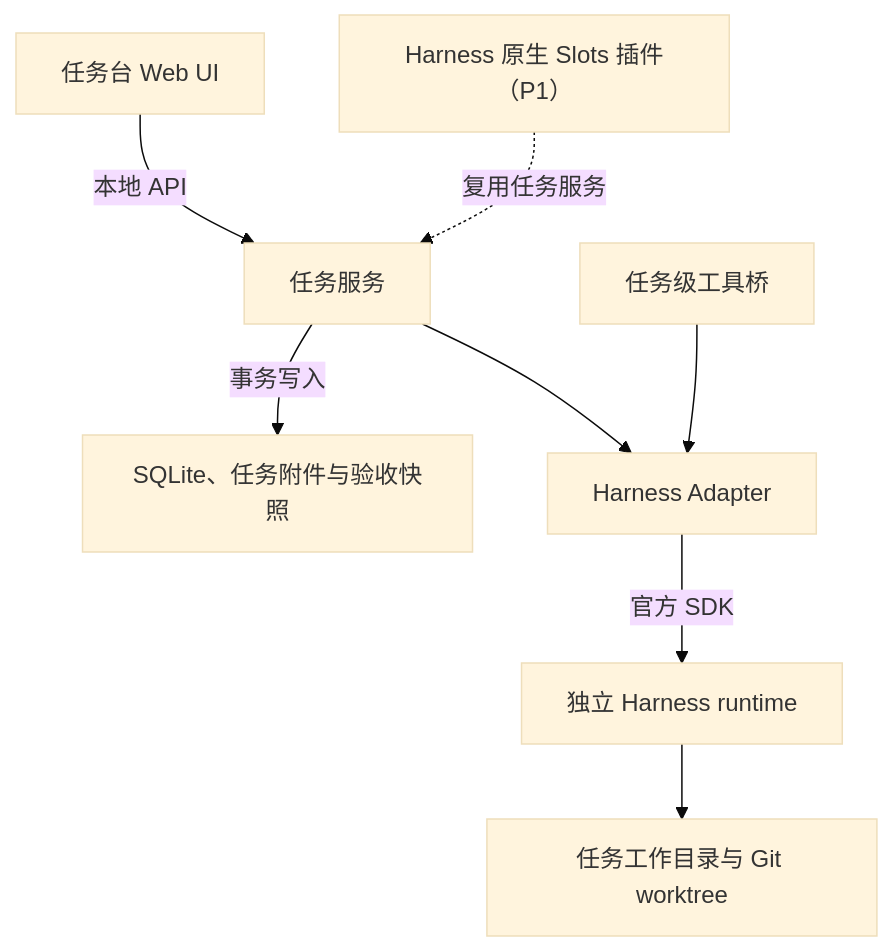
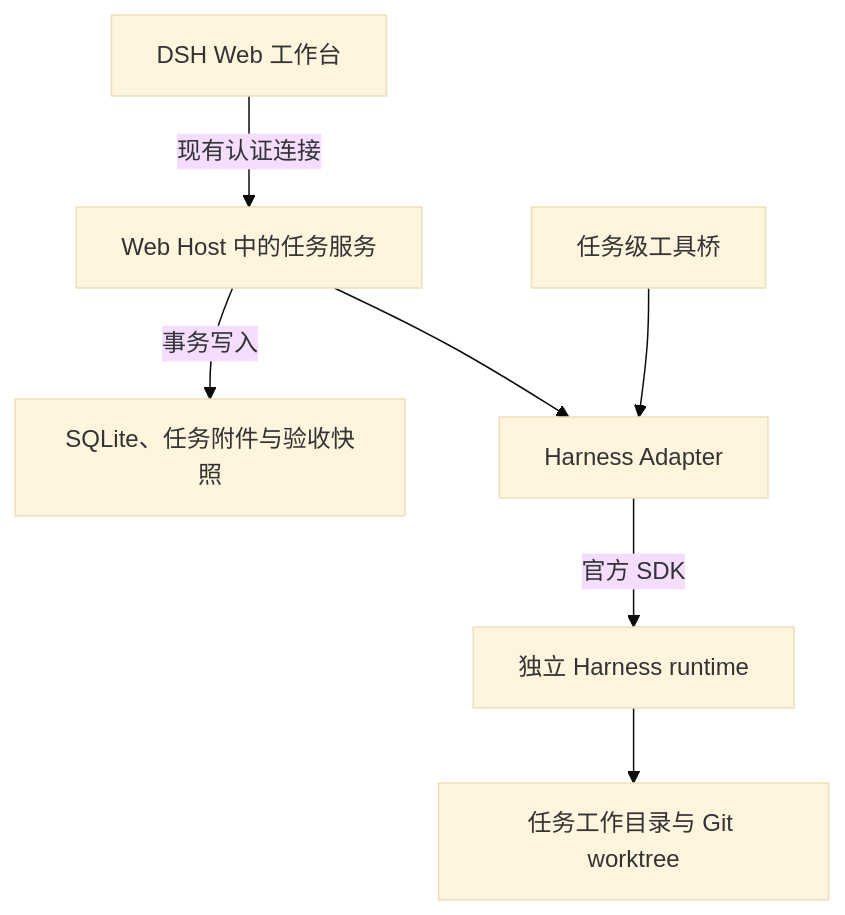
The second of 2 diagrams in docs/myPlan/DeepSeek_Harness_Taskboard_PRD_v0.1.md (mengjunxu/deepseek-harness), drawn with Mermaid (base theme) before and after one commit. The commit also changed other lines of this file and 1078 other files, not shown here.

````diff
--- a/docs/myPlan/DeepSeek_Harness_Taskboard_PRD_v0.1.md
+++ b/docs/myPlan/DeepSeek_Harness_Taskboard_PRD_v0.1.md
@@ -292,10 +292,9 @@
 ```mermaid
 flowchart TB
-    web["任务台 Web UI"] -->|本地 API| service["任务服务"]
+    web["DSH Web 工作台"] -->|现有认证连接| service["Web Host 中的任务服务"]
     service -->|事务写入| storage["SQLite、任务附件与验收快照"]
     service --> adapter["Harness Adapter"]
     bridge["任务级工具桥"] --> adapter
     adapter -->|官方 SDK| runtime["独立 Harness runtime"]
     runtime --> workdir["任务工作目录与 Git worktree"]
-    native["Harness 原生 Slots 插件（P1）"] -.->|复用任务服务| service
 ```
````
